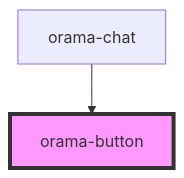
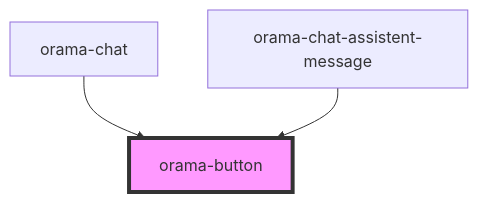
Before and after one commit to askorama/orama-ui-components: the diagram in packages/ui-stencil/src/components/internal/orama-button/readme.md, drawn with Mermaid. The commit also changed other lines of this file and 13 other files, not shown here.

Commit message:
feat: assistent message actions

````diff
--- a/packages/ui-stencil/src/components/internal/orama-button/readme.md
+++ b/packages/ui-stencil/src/components/internal/orama-button/readme.md
@@ -25,5 +27,6 @@
 ```mermaid
 graph TD;
   orama-chat --> orama-button
+  orama-chat-assistent-message --> orama-button
   style orama-button fill:#f9f,stroke:#333,stroke-width:4px
 ```
````
